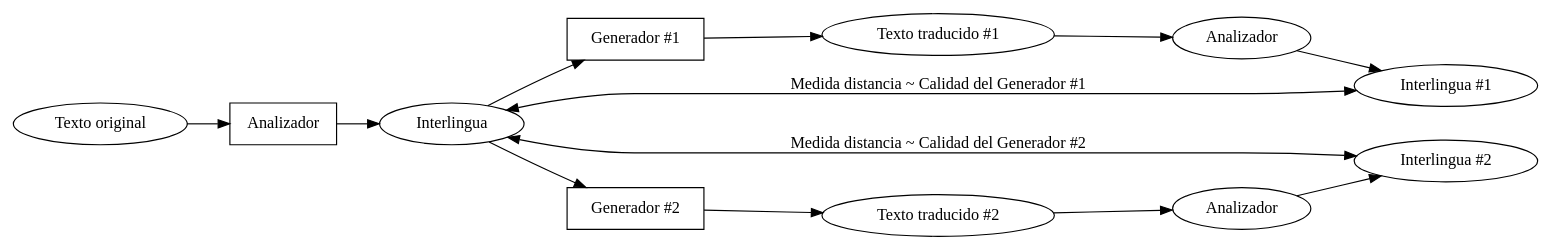
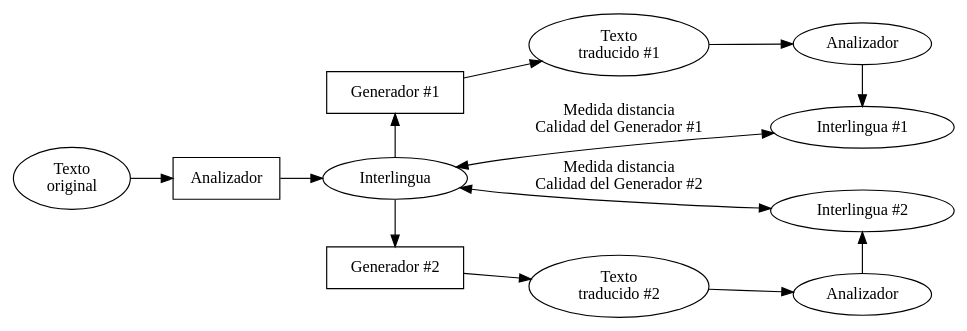
One commit to jgsogo/muia_tfm changed the diagram in doc/0.intro.rst. Above: the diagram before and after it, drawn with Graphviz. The commit also changed other lines of this file and 1 other file, not shown here.

```diff
--- a/doc/0.intro.rst
+++ b/doc/0.intro.rst
@@ -279,26 +302,37 @@
 .. graphviz::
    :caption: Evaluación de una traducción apoyándose en la interlingua.
 
    digraph foo {
         rankdir=LR
-        n1[label="Texto original"]
+        n1[label="Texto\noriginal"]
         n2[label="Analizador", shape=box]
         n3[label="Interlingua"]
         
         n4a[label="Generador #1", shape=box]
-        n5a[label="Texto traducido #1"]
+        n4b[label="Generador #2", shape=box]
+
+        {rank=same n4a,n3,n4b}
+                       
+        n1 -> n2 -> n3
+        n4a -> n3 [dir=back]
+        n3 -> n4b        
+
+        n5a[label="Texto\ntraducido #1"]
         n6a[label="Analizador"]
         n7a[label="Interlingua #1"]
 
-        n4b[label="Generador #2", shape=box]
-        n5b[label="Texto traducido #2"]
+        n4a -> n5a -> n6a -> n7a
+        n7a -> n3 [dir=both, label="Medida distancia\nCalidad del Generador #1"]
+
+        n5b[label="Texto\ntraducido #2"]
         n6b[label="Analizador"]
         n7b[label="Interlingua #2"]
-
-        n1 -> n2 -> n3
-        n3 -> n4a -> n5a -> n6a -> n7a
-        n3 -> n4b -> n5b -> n6b -> n7b
         
-        n7a -> n3 [dir=both, label="Medida distancia ~ Calidad del Generador #1"]
-        n7b -> n3 [dir=both, label="Medida distancia ~ Calidad del Generador #2"]
+        n4b -> n5b -> n6b
+        n7b -> n6b [dir=back]
+        n7b -> n3 [dir=both, label="Medida distancia\nCalidad del Generador #2"]
+        
+        n7a -> n7b [style=invis]
+        
+        {rank=same n6a, n7a, n7b, n6b}
    }
```
